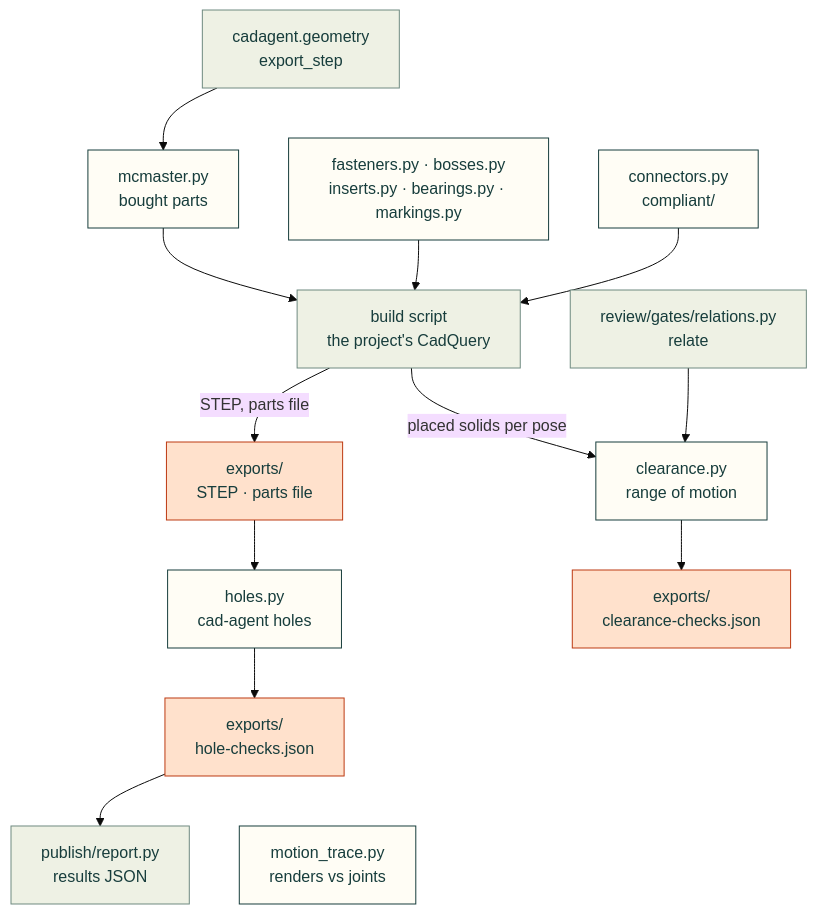
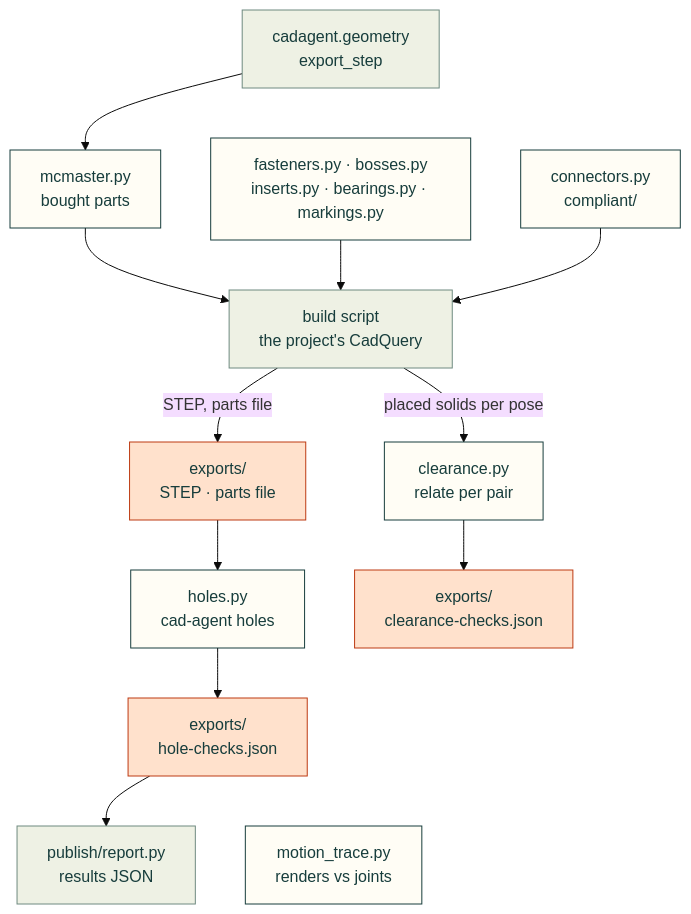
The diagram in src/cadagent/mechanical/README.md (Valpatel/cad-agent), drawn with Mermaid (base theme) before and after one commit. The commit also changed 3 other files, not shown here.

````diff
--- a/src/cadagent/mechanical/README.md
+++ b/src/cadagent/mechanical/README.md
@@ -14,21 +14,20 @@
 ```mermaid
 flowchart TD
     G["cadagent.geometry<br/>export_step"] --> MC["mcmaster.py<br/>bought parts"]
     G ~~~ FK["fasteners.py · bosses.py<br/>inserts.py · bearings.py · markings.py"]
     G ~~~ CC["connectors.py<br/>compliant/"]
     MC & FK & CC --> B["build script<br/>the project's CadQuery"]
     B -->|"STEP, parts file"| X["exports/<br/>STEP · parts file"]
     X --> H["holes.py<br/>cad-agent holes"]
     H --> HJ["exports/<br/>hole-checks.json"]
     HJ --> R["publish/report.py<br/>results JSON"]
     HJ ~~~ MT["motion_trace.py<br/>renders vs joints"]
-    B -->|"placed solids per pose"| CL["clearance.py<br/>range of motion"]
-    RG["review/gates/relations.py<br/>relate"] --> CL
+    B -->|"placed solids per pose"| CL["clearance.py<br/>relate per pair"]
     CL --> CJ["exports/<br/>clearance-checks.json"]
     classDef here fill:#fffdf5,stroke:#173d3c,color:#173d3c
     classDef near fill:#eef1e4,stroke:#6f8a80,color:#173d3c
     classDef out fill:#ffe1cc,stroke:#bd3a12,color:#173d3c
     class MC,FK,CC,H,MT,CL here
-    class G,B,R,RG near
+    class G,B,R near
     class X,HJ,CJ out
 ```
````
